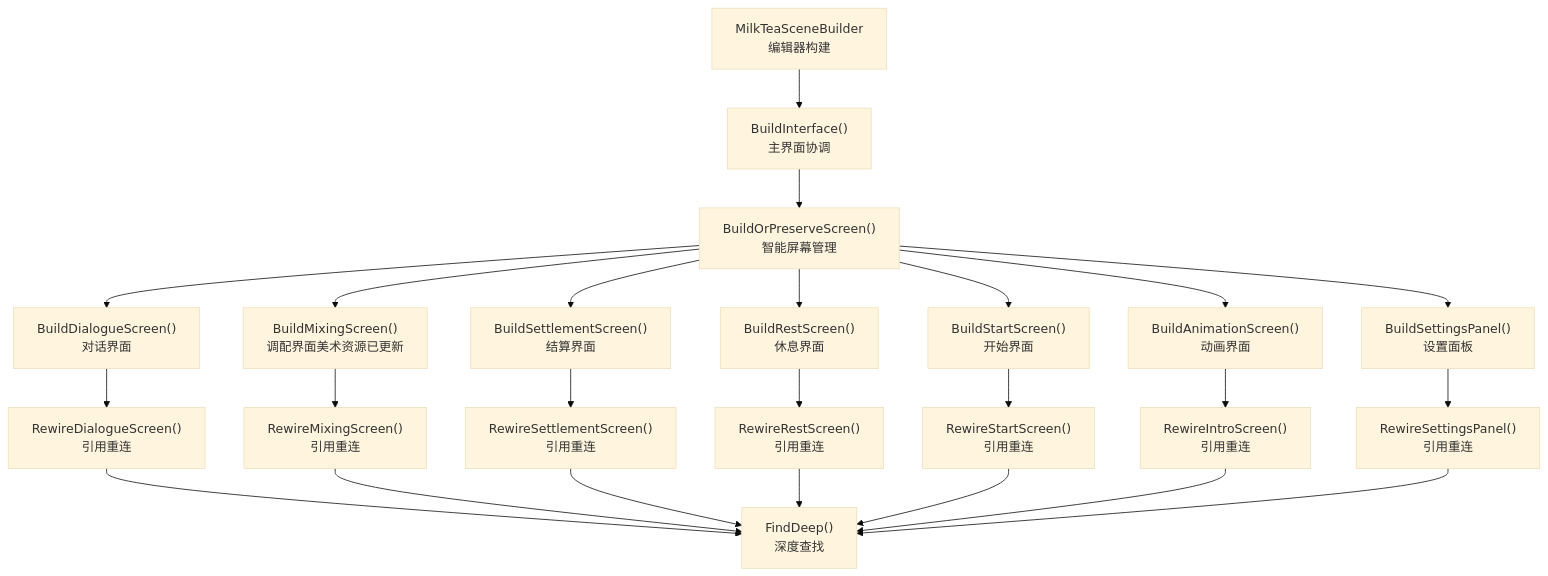
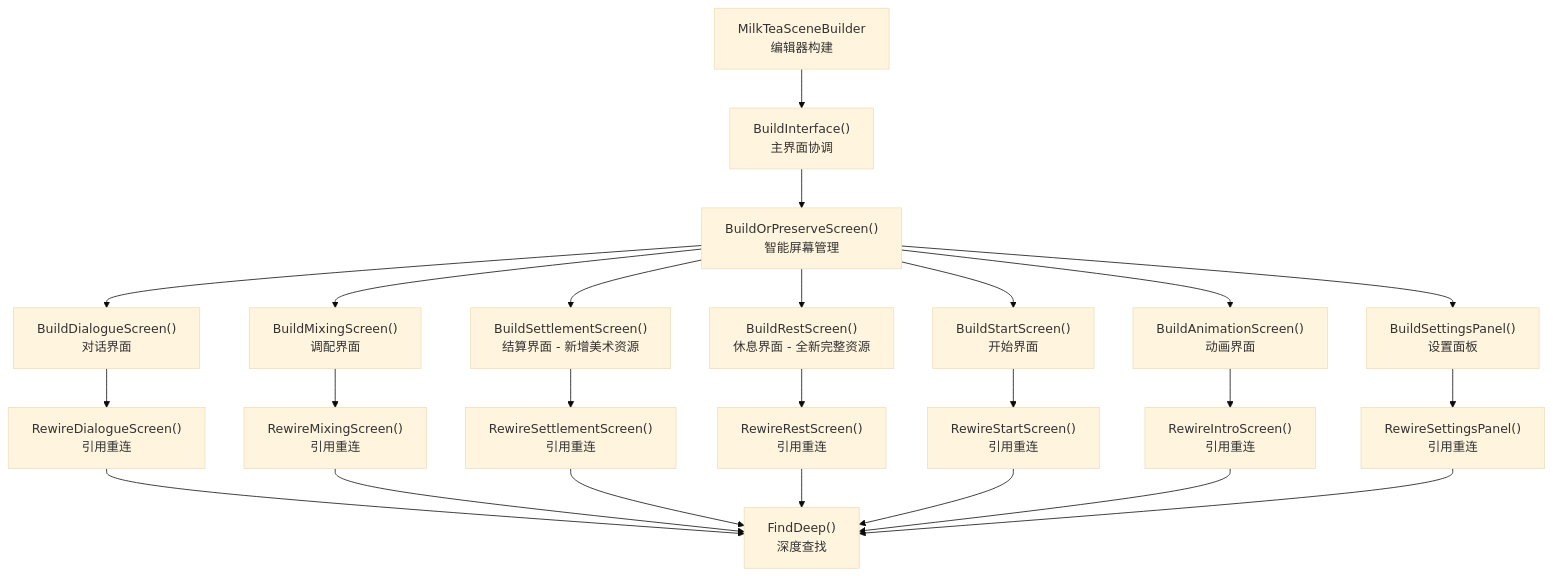
The first of 5 diagrams in .qoder/repowiki/zh/content/核心系统详解/UI系统架构.md (Thanatos42/-demo), drawn with Mermaid (base theme) before and after one commit. The commit also changed other lines of this file and 2 other files, not shown here.

````diff
--- a/.qoder/repowiki/zh/content/核心系统详解/UI系统架构.md
+++ b/.qoder/repowiki/zh/content/核心系统详解/UI系统架构.md
@@ -48,26 +49,26 @@
 ```mermaid
 graph TB
 A["MilkTeaSceneBuilder<br/>编辑器构建"] --> B["BuildInterface()<br/>主界面协调"]
 B --> C["BuildOrPreserveScreen()<br/>智能屏幕管理"]
 C --> D["BuildDialogueScreen()<br/>对话界面"]
-C --> E["BuildMixingScreen()<br/>调配界面美术资源已更新"]
-C --> F["BuildSettlementScreen()<br/>结算界面"]
-C --> G["BuildRestScreen()<br/>休息界面"]
+C --> E["BuildMixingScreen()<br/>调配界面"]
+C --> F["BuildSettlementScreen()<br/>结算界面 - 新增美术资源"]
+C --> G["BuildRestScreen()<br/>休息界面 - 全新完整资源"]
 C --> H["BuildStartScreen()<br/>开始界面"]
 C --> I["BuildAnimationScreen()<br/>动画界面"]
 C --> J["BuildSettingsPanel()<br/>设置面板"]
 D --> K["RewireDialogueScreen()<br/>引用重连"]
 E --> L["RewireMixingScreen()<br/>引用重连"]
 F --> M["RewireSettlementScreen()<br/>引用重连"]
 G --> N["RewireRestScreen()<br/>引用重连"]
 H --> O["RewireStartScreen()<br/>引用重连"]
 I --> P["RewireIntroScreen()<br/>引用重连"]
 J --> Q["RewireSettingsPanel()<br/>引用重连"]
 K --> R["FindDeep()<br/>深度查找"]
 L --> R
 M --> R
 N --> R
 O --> R
 P --> R
 Q --> R
 ```
````
